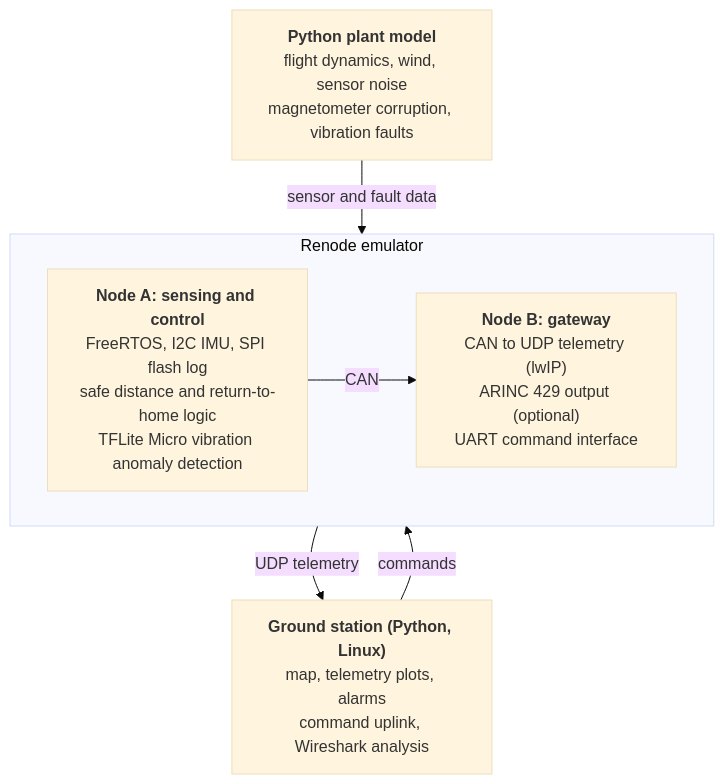
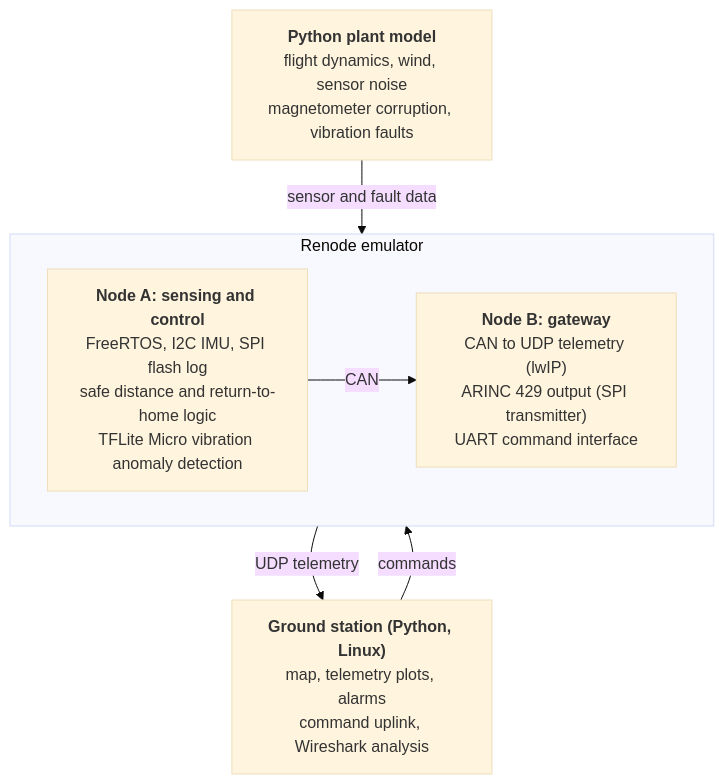
Before and after one commit to 1akin1/VoltDragon: the diagram in README.md, drawn with Mermaid (base theme). The commit also changed other lines of this file and 26 other files, not shown here.

Commit message:
Phase 6: ARINC 429 output from Node B, with a Renode transmitter and bus monitor

````diff
--- a/README.md
+++ b/README.md
@@ -16,14 +16,14 @@
 ```mermaid
 flowchart TB
     plant["<b>Python plant model</b><br/>flight dynamics, wind, sensor noise<br/>magnetometer corruption, vibration faults"]
     subgraph renode["Renode emulator"]
         direction LR
         a["<b>Node A: sensing and control</b><br/>FreeRTOS, I2C IMU, SPI flash log<br/>safe distance and return-to-home logic<br/>TFLite Micro vibration anomaly detection"]
-        b["<b>Node B: gateway</b><br/>CAN to UDP telemetry (lwIP)<br/>ARINC 429 output (optional)<br/>UART command interface"]
+        b["<b>Node B: gateway</b><br/>CAN to UDP telemetry (lwIP)<br/>ARINC 429 output (SPI transmitter)<br/>UART command interface"]
         a -- CAN --> b
     end
     gs["<b>Ground station (Python, Linux)</b><br/>map, telemetry plots, alarms<br/>command uplink, Wireshark analysis"]
     plant -- "sensor and fault data" --> a
     b -- "UDP telemetry" --> gs
     gs -- commands --> b
 ```
````
